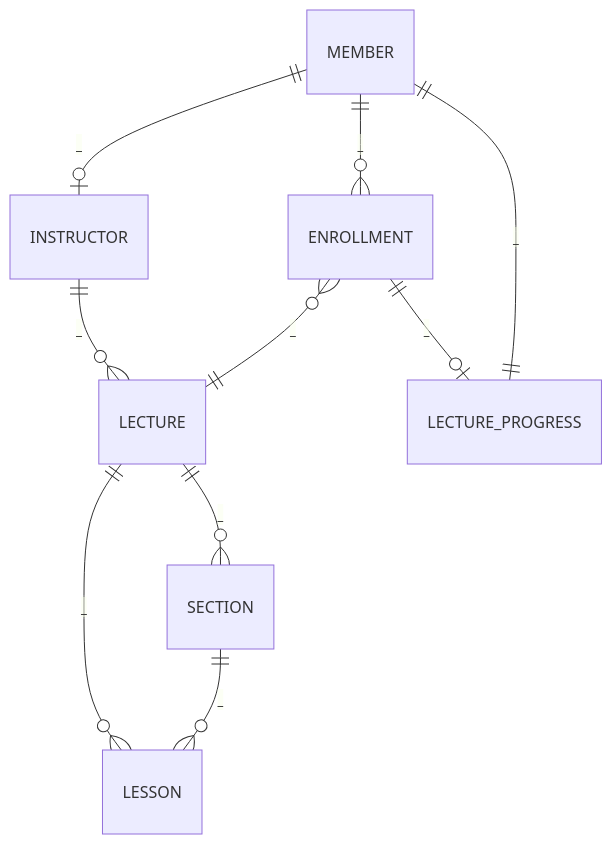
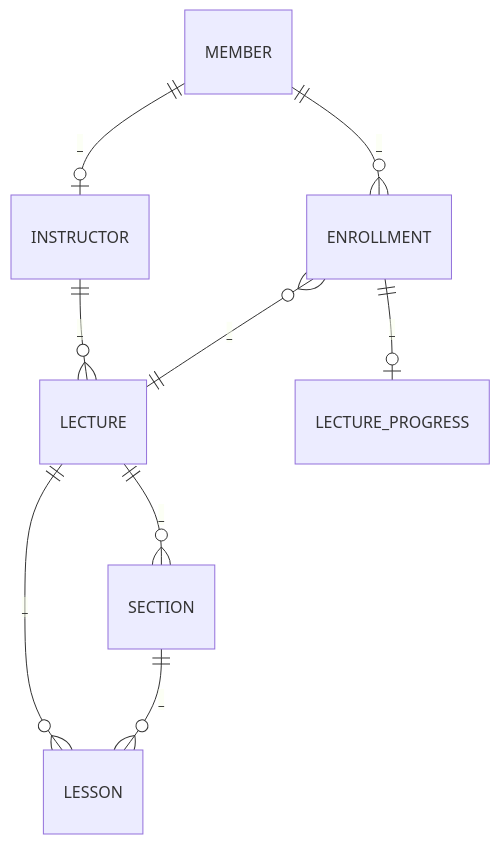
The diagram in docs/domain-model-diagram.md (bombo-dev/toby-splearn), drawn with Mermaid before and after one commit.

Commit message:
[STUDY-002] docs: 3차 도메인 설계
- 종속된 상위 개념을 타고 갔을 때 명확하게 알 수 있다면 굳이 연결 할 필요가 없다.

````diff
--- a/docs/domain-model-diagram.md
+++ b/docs/domain-model-diagram.md
@@ -1,18 +1,16 @@
 ```mermaid
 erDiagram
     MEMBER ||--|o INSTRUCTOR : _
     INSTRUCTOR ||--o{ LECTURE : _
 
     MEMBER ||--o{ ENROLLMENT : _
     
     LECTURE ||--o{ SECTION : _
     LECTURE ||--o{ LESSON : _
     
     ENROLLMENT ||--|o LECTURE_PROGRESS : _
 
     SECTION ||--o{ LESSON : _
 
     ENROLLMENT }o--|| LECTURE : _
-
-    LECTURE_PROGRESS ||--|| MEMBER : _
 ```
````
